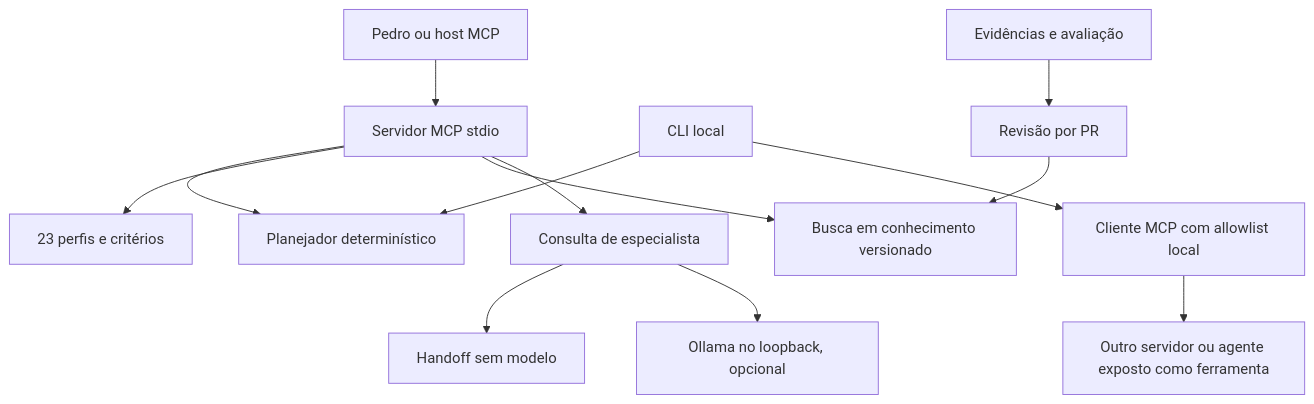
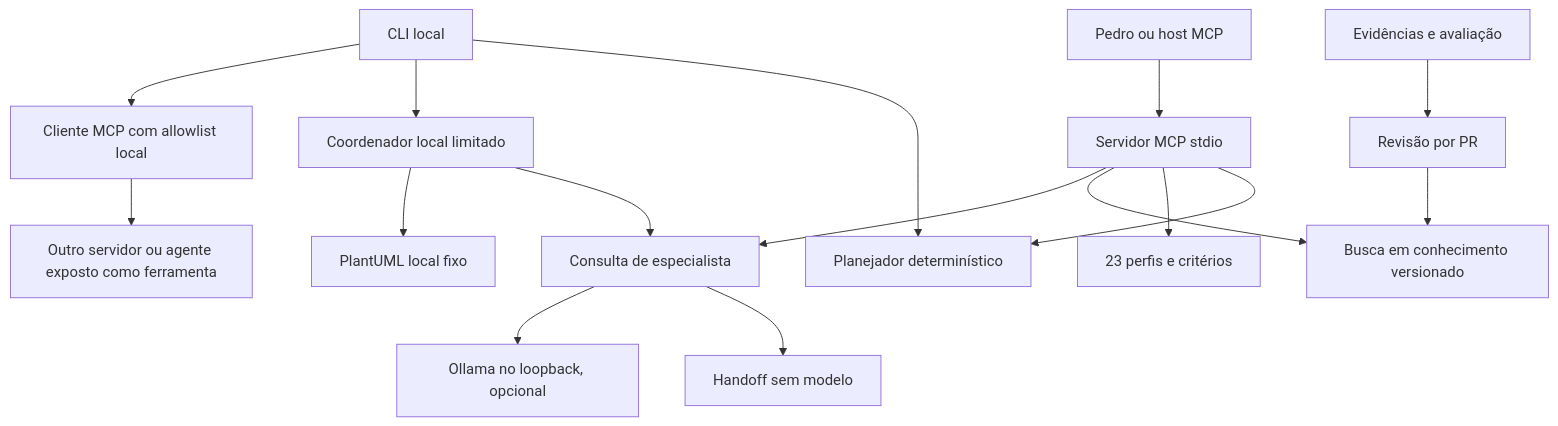
Before and after one commit to PHnsilva/SlothEngineer: the diagram in docs/architecture.md, drawn with Mermaid. The commit also changed other lines of this file and 12 other files, not shown here.

````diff
--- a/docs/architecture.md
+++ b/docs/architecture.md
@@ -9,15 +9,18 @@
 ```mermaid
 flowchart TD
     Human[Pedro ou host MCP] --> Server[Servidor MCP stdio]
-    CLI[CLI local] --> Planner[Planejador determinístico]
+CLI[CLI local] --> Planner[Planejador determinístico]
+CLI --> Executor[Coordenador local limitado]
+Executor --> Provider[Consulta de especialista]
+Executor --> Diagram[PlantUML local fixo]
     Server --> Planner
     Server --> Profiles[23 perfis e critérios]
     Server --> Knowledge[Busca em conhecimento versionado]
     Server --> Provider[Consulta de especialista]
     Provider --> Handoff[Handoff sem modelo]
     Provider --> Ollama[Ollama no loopback, opcional]
     CLI --> Peer[Cliente MCP com allowlist local]
     Peer --> Other[Outro servidor ou agente exposto como ferramenta]
     Evidence[Evidências e avaliação] --> PR[Revisão por PR]
     PR --> Knowledge
 ```
````
